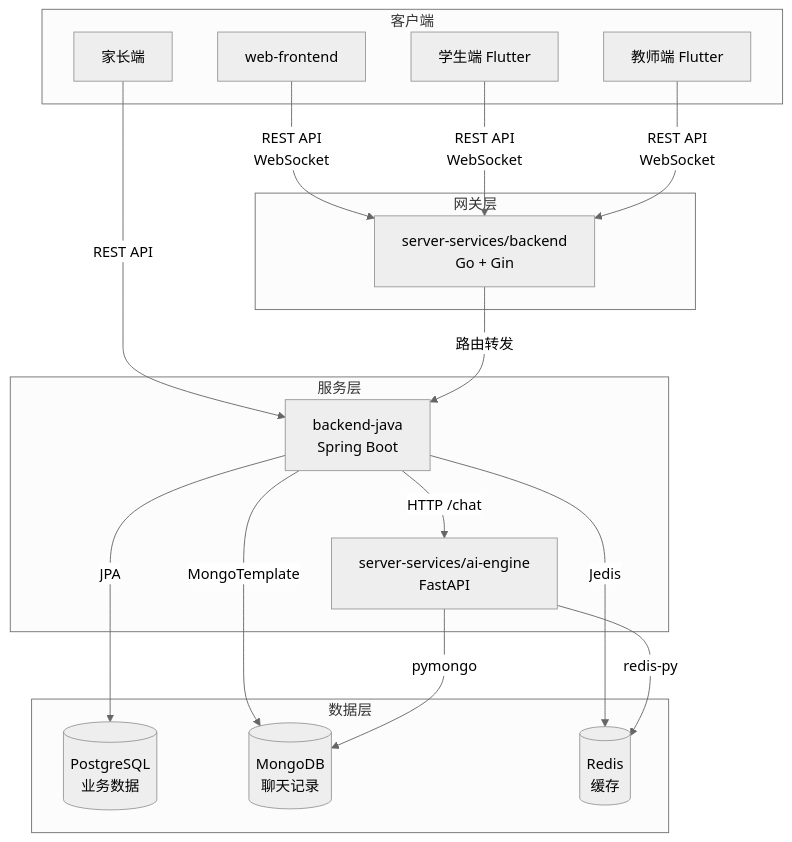
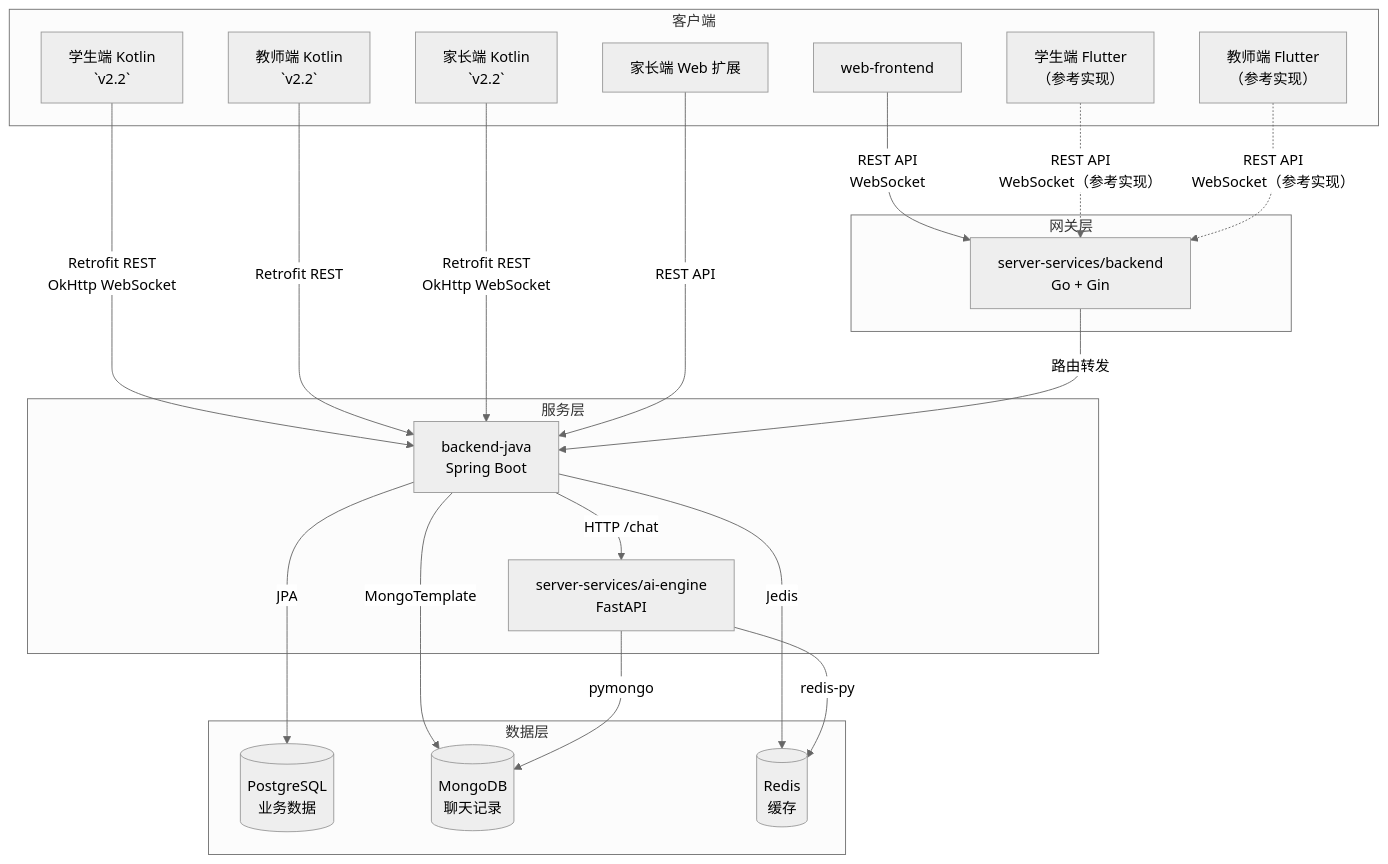
The first of 5 diagrams in docs/code-wiki/dependencies.md (user-unknowed/-StarIsle-), drawn with Mermaid (neutral theme) before and after one commit. The commit also changed other lines of this file and 150 other files, not shown here.

````diff
--- a/docs/code-wiki/dependencies.md
+++ b/docs/code-wiki/dependencies.md
@@ -5,38 +5,44 @@
 ```mermaid
 flowchart TB
     subgraph Client["客户端"]
         WF["web-frontend"]
-        ST["学生端 Flutter"]
-        TE["教师端 Flutter"]
-        PA["家长端"]
+        STK["学生端 Kotlin<br/>`v2.2`"]
+        TEK["教师端 Kotlin<br/>`v2.2`"]
+        PAK["家长端 Kotlin<br/>`v2.2`"]
+        ST["学生端 Flutter<br/>（参考实现）"]
+        TE["教师端 Flutter<br/>（参考实现）"]
+        PA["家长端 Web 扩展"]
     end
 
     subgraph Gateway["网关层"]
         GO["server-services/backend<br/>Go + Gin"]
     end
 
     subgraph Service["服务层"]
         BJ["backend-java<br/>Spring Boot"]
         AI["server-services/ai-engine<br/>FastAPI"]
     end
 
     subgraph Data["数据层"]
         PG[("PostgreSQL<br/>业务数据")]
         MG[("MongoDB<br/>聊天记录")]
         RD[("Redis<br/>缓存")]
     end
 
     WF -->|"REST API<br/>WebSocket"| GO
-    ST -->|"REST API<br/>WebSocket"| GO
-    TE -->|"REST API<br/>WebSocket"| GO
+    STK -->|"Retrofit REST<br/>OkHttp WebSocket"| BJ
+    TEK -->|"Retrofit REST"| BJ
+    PAK -->|"Retrofit REST<br/>OkHttp WebSocket"| BJ
+    ST -.->|"REST API<br/>WebSocket（参考实现）"| GO
+    TE -.->|"REST API<br/>WebSocket（参考实现）"| GO
     PA -->|"REST API"| BJ
 
     GO -->|"路由转发"| BJ
     BJ -->|"HTTP /chat"| AI
 
     BJ -->|"JPA"| PG
     BJ -->|"MongoTemplate"| MG
     BJ -->|"Jedis"| RD
     AI -->|"pymongo"| MG
     AI -->|"redis-py"| RD
 ```
````
